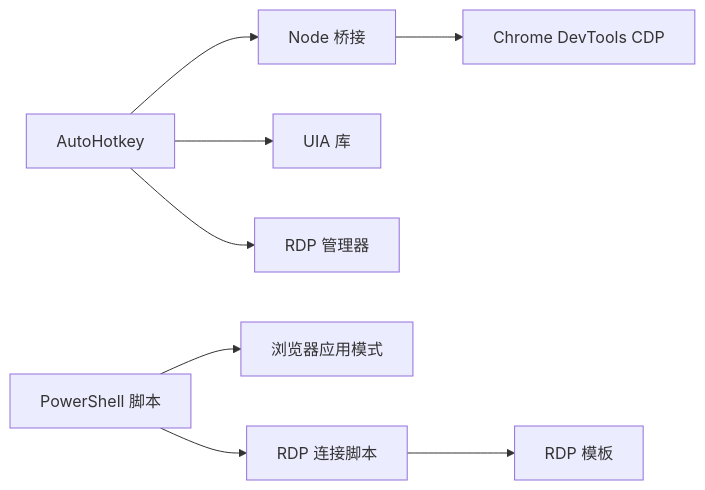
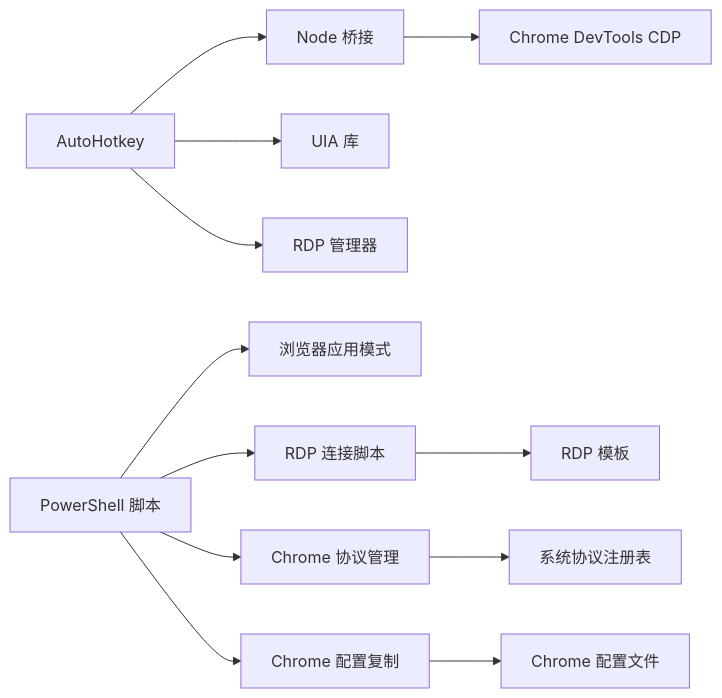
Before and after one commit to wangys-123doit/hotkey: the ninth of 9 diagrams in .qoder/repowiki/zh/content/外部工具集成/外部工具集成.md, drawn with Mermaid. The commit also changed other lines of this file and 5 other files, not shown here.

````diff
--- a/.qoder/repowiki/zh/content/外部工具集成/外部工具集成.md
+++ b/.qoder/repowiki/zh/content/外部工具集成/外部工具集成.md
@@ -326,10 +425,14 @@
 ```mermaid
 graph LR
 Node["Node 桥接"] --> CDP["Chrome DevTools CDP"]
 AHK["AutoHotkey"] --> Node
 AHK --> UIA["UIA 库"]
 AHK --> RDP["RDP 管理器"]
 PS["PowerShell 脚本"] --> Browser["浏览器应用模式"]
 PS --> RDPConn["RDP 连接脚本"]
+PS --> ChromeProto["Chrome 协议管理"]
+PS --> ChromeCopy["Chrome 配置复制"]
 RDPConn --> RDPFile["RDP 模板"]
+ChromeProto --> SystemReg["系统协议注册表"]
+ChromeCopy --> ChromeProfiles["Chrome 配置文件"]
 ```
````
